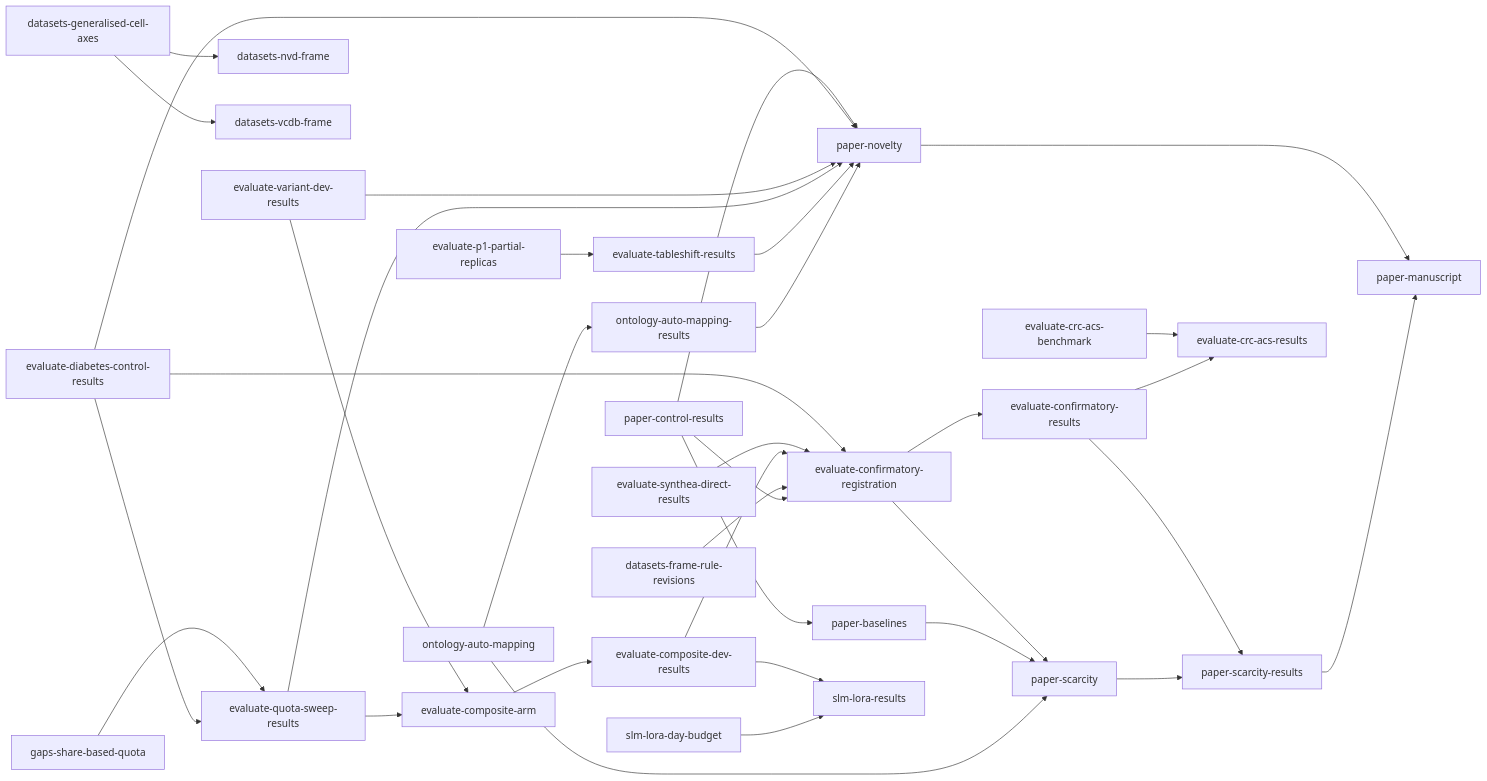
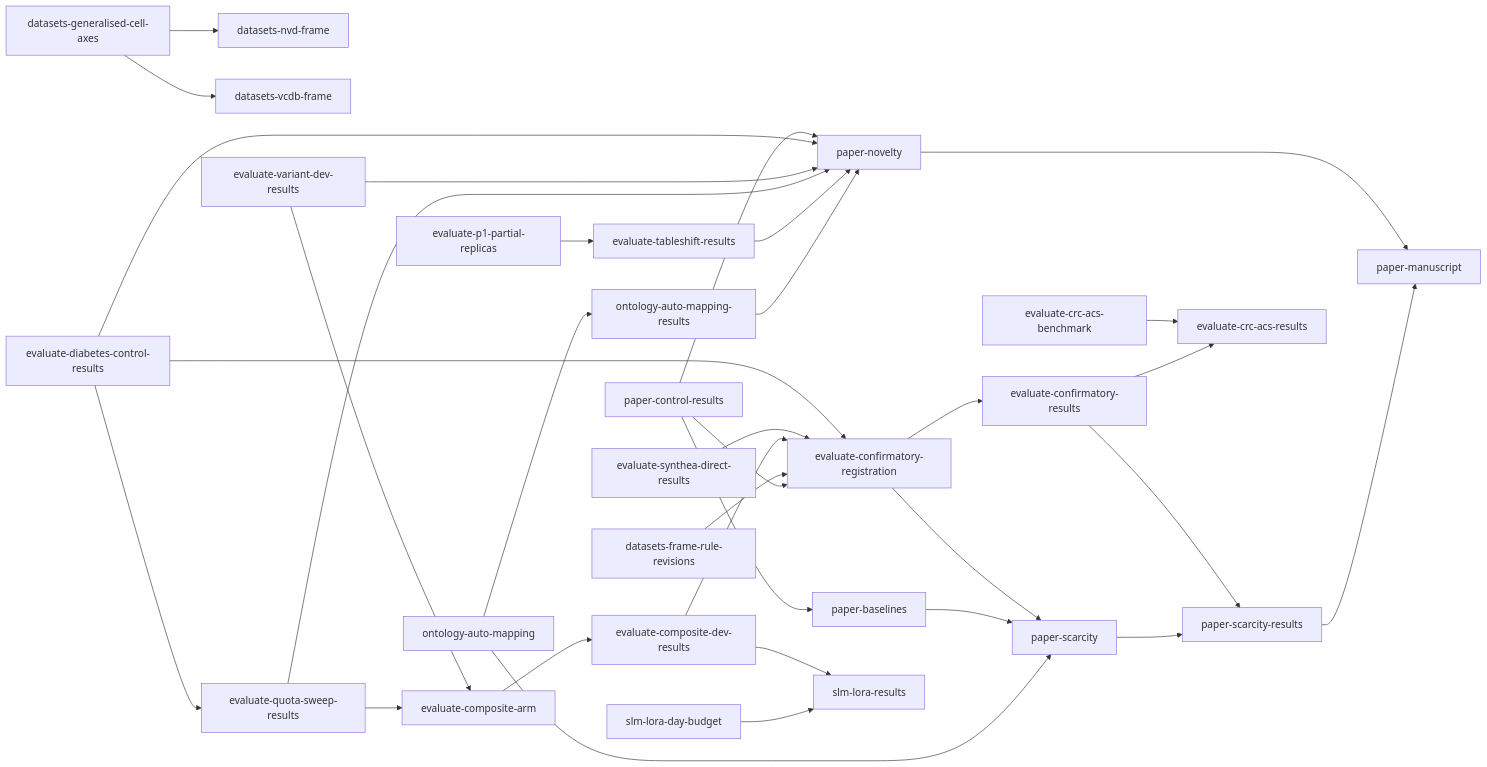
The diagram in tasks/direct-index.md (joe-dartmouth/synthetic), drawn with Mermaid before and after one commit. The commit also changed other lines of this file and 70 other files, not shown here.

First line of the commit message:
Add the share-based quota rules and register E21 (#148)

````diff
--- a/tasks/direct-index.md
+++ b/tasks/direct-index.md
@@ -118,36 +114,35 @@
 ```mermaid
 flowchart LR
     p2[paper-control-results] --> p3[paper-baselines]
     u30[evaluate-confirmatory-registration] --> p4[paper-scarcity]
     u31[evaluate-confirmatory-results] --> p5[paper-scarcity-results]
     p3[paper-baselines] --> p4[paper-scarcity]
     p4[paper-scarcity] --> p5[paper-scarcity-results]
     p0[paper-novelty] --> p6[paper-manuscript]
     p5[paper-scarcity-results] --> p6[paper-manuscript]
-    u20[gaps-share-based-quota] --> u21[evaluate-quota-sweep-results]
     u50[datasets-generalised-cell-axes] --> u52[datasets-nvd-frame]
     u50 --> u53[datasets-vcdb-frame]
     u19[evaluate-variant-dev-results] --> u28[evaluate-composite-arm]
-    u21 --> u28
+    u21[evaluate-quota-sweep-results] --> u28
     u28 --> u29[evaluate-composite-dev-results]
     u7[evaluate-diabetes-control-results] --> u30[evaluate-confirmatory-registration]
     u8[evaluate-synthea-direct-results] --> u30
     u29 --> u30
     u56[datasets-frame-rule-revisions] --> u30
     u30 --> u31[evaluate-confirmatory-results]
     u54[evaluate-p1-partial-replicas] --> u55[evaluate-tableshift-results]
     u41[evaluate-crc-acs-benchmark] --> u42[evaluate-crc-acs-results]
     u31 --> u42
     u32[ontology-auto-mapping] --> u33[ontology-auto-mapping-results]
     u29 --> u36[slm-lora-results]
     u51[slm-lora-day-budget] --> u36
     u7[evaluate-diabetes-control-results] --> u21[evaluate-quota-sweep-results]
     p2[paper-control-results] --> u30[evaluate-confirmatory-registration]
     p2[paper-control-results] --> p0[paper-novelty]
     u32[ontology-auto-mapping] --> p4[paper-scarcity]
     u7[evaluate-diabetes-control-results] --> p0[paper-novelty]
     u19[evaluate-variant-dev-results] --> p0[paper-novelty]
     u21[evaluate-quota-sweep-results] --> p0[paper-novelty]
     u55[evaluate-tableshift-results] --> p0[paper-novelty]
     u33[ontology-auto-mapping-results] --> p0[paper-novelty]
 ```
````
